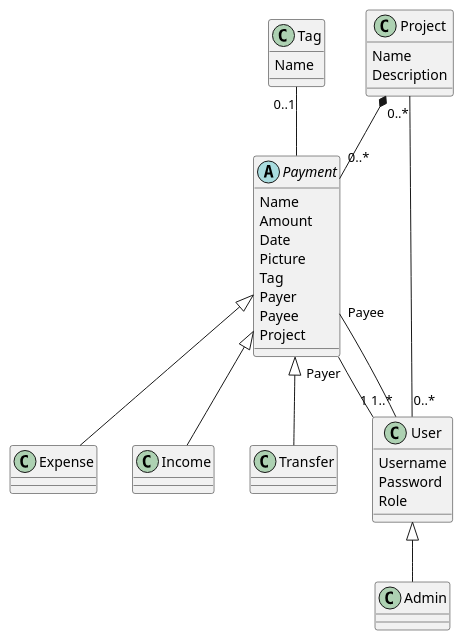
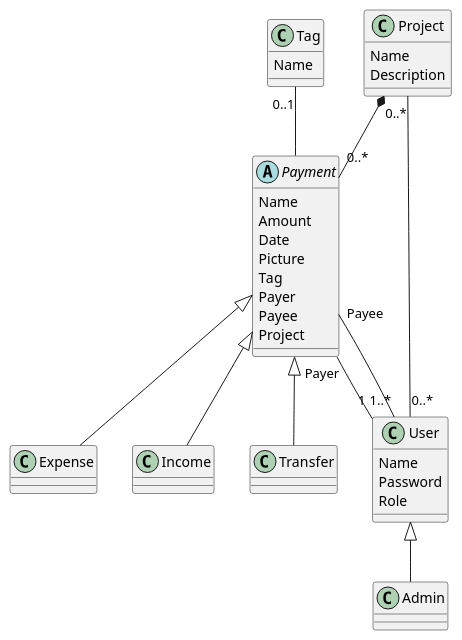
One commit to gmedina-de/Bilance changed the diagram in model/model.puml. Above: the diagram before and after it, drawn with PlantUML. The commit also changed 5 other files, not shown here.

Commit message:
Replace Username with Name

```diff
--- a/model/model.puml
+++ b/model/model.puml
@@ -1,55 +1,55 @@
 @startuml
 'https://plantuml.com/class-diagram
 
 abstract class Payment {
 	Name
 	Amount
 	Date
 	Picture
 	Tag
 	Payer
 	Payee
 	Project
 }
 class Expense {
 }
 class Income {
 }
 class Transfer {
 }
 
 class Tag {
     Name
 }
 
 class Project {
     Name
     Description
 }
 
 class User {
-    Username
+    Name
     Password
     Role
 }
 class Admin {
 }
 
 
 
 
 Payment <|-- Transfer
 Payment <|-- Income
 Payment <|-- Expense
 
 User <|-- Admin
 
 Project *-- "0..*" Payment
 Project "0..*" -- "0..*" User
 Tag "0..1" -- Payment
 
 
 Payment "Payer" -- "1" User
 Payment "Payee" -- "1..*" User
 
 @enduml
```
